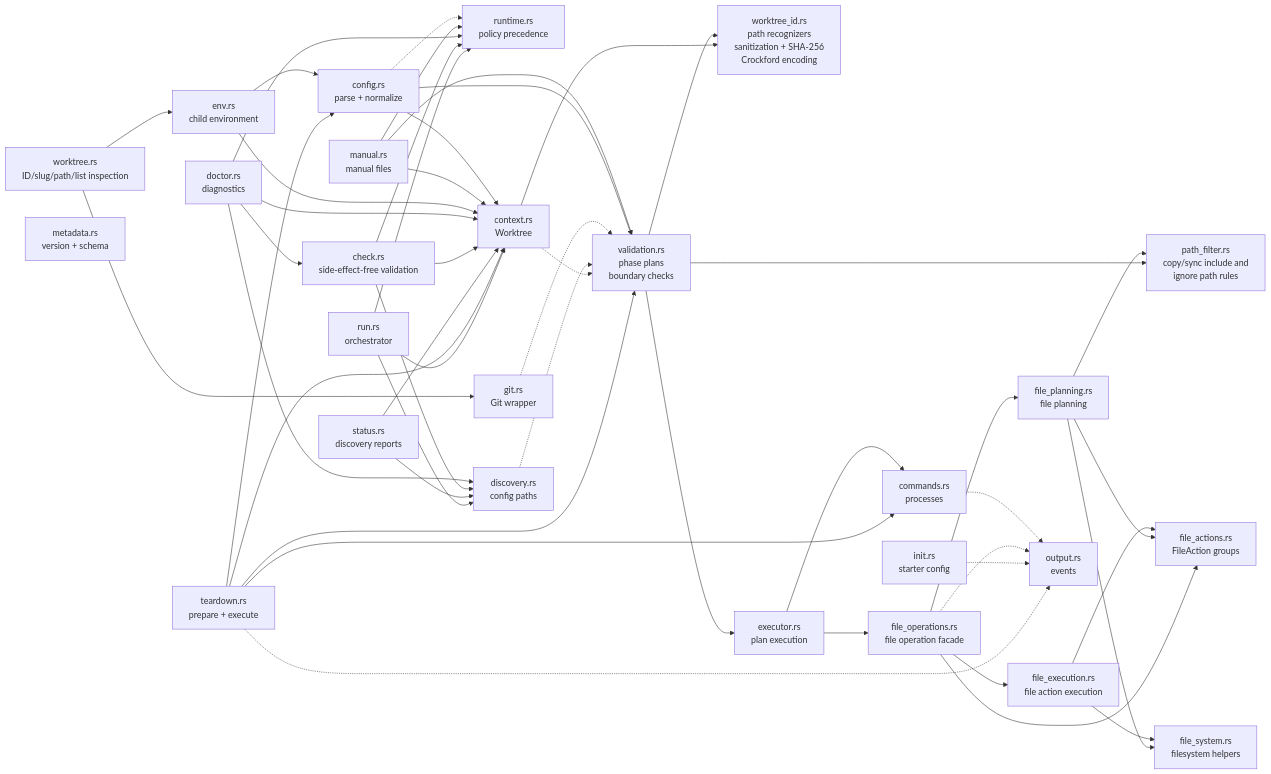
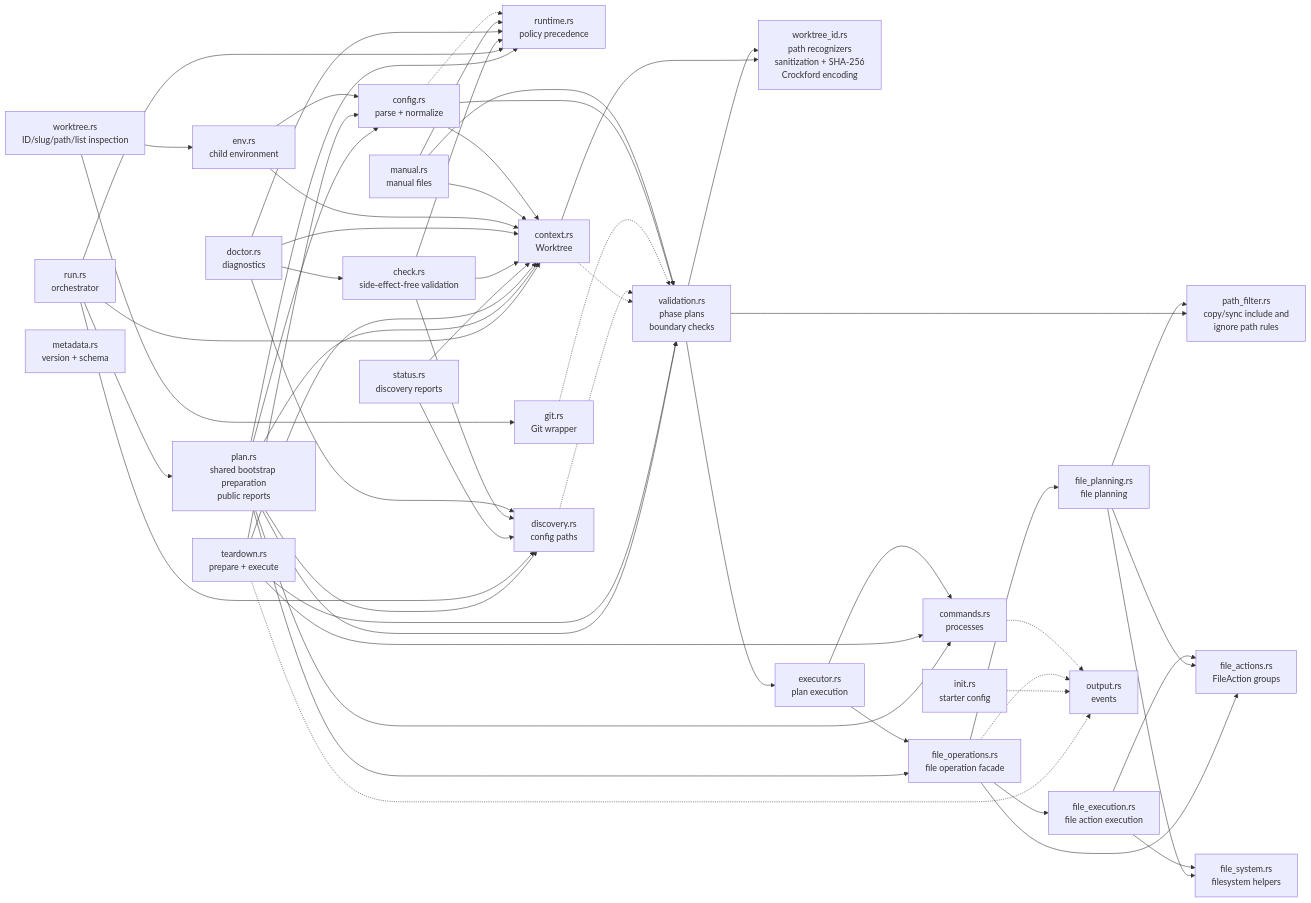
The seventh of 7 diagrams in docs/ARCHITECTURE.md (jimeh/treeboot), drawn with Mermaid before and after one commit. The commit also changed other lines of this file and 31 other files, not shown here.

````diff
--- a/docs/ARCHITECTURE.md
+++ b/docs/ARCHITECTURE.md
@@ -346,6 +353,7 @@
 ```mermaid
 flowchart LR
   RUN["run.rs<br/>orchestrator"]
+  PLAN["plan.rs<br/>shared bootstrap preparation<br/>public reports"]
   TEARDOWN["teardown.rs<br/>prepare + execute"]
   STATUS["status.rs<br/>discovery reports"]
   CHECK["check.rs<br/>side-effect-free validation"]
@@ -373,6 +381,14 @@
   OUT["output.rs<br/>events"]
 
   RUN --> CONTEXT
+  RUN --> PLAN
+  PLAN --> CONTEXT
+  PLAN --> RUNTIME
+  PLAN --> DISC
+  PLAN --> CONFIG
+  PLAN --> VALID
+  PLAN --> FILE_OPS
+  PLAN --> CMDS
   RUN --> RUNTIME
   RUN --> DISC
   TEARDOWN --> CONTEXT
````
